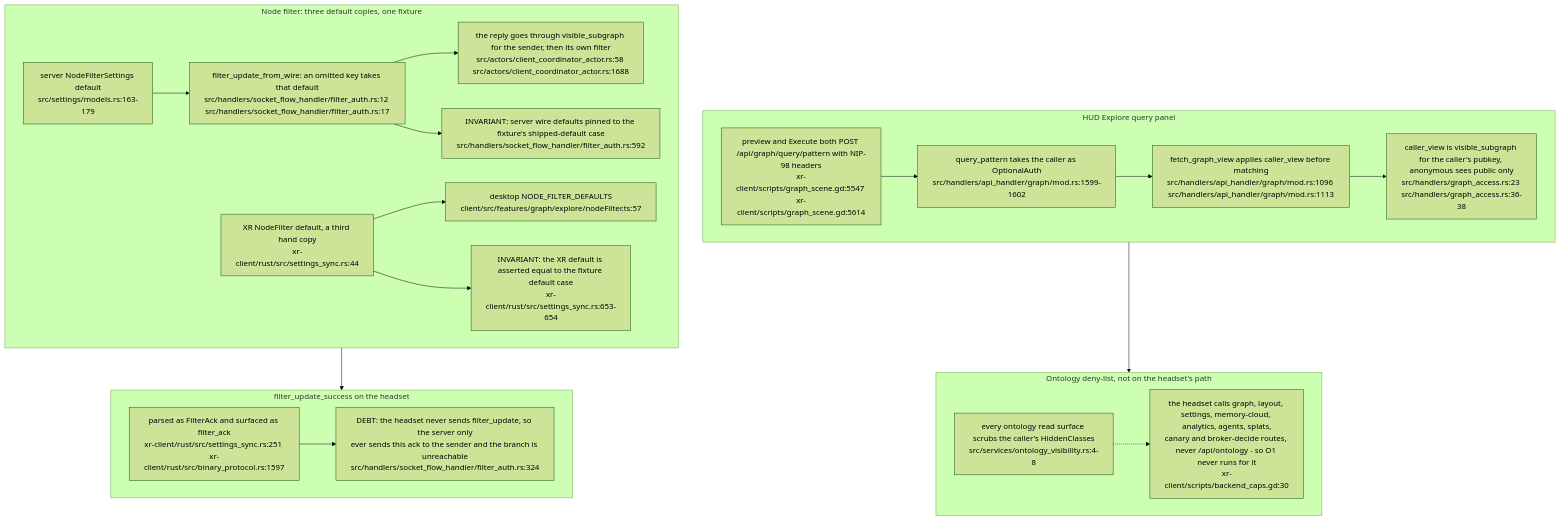
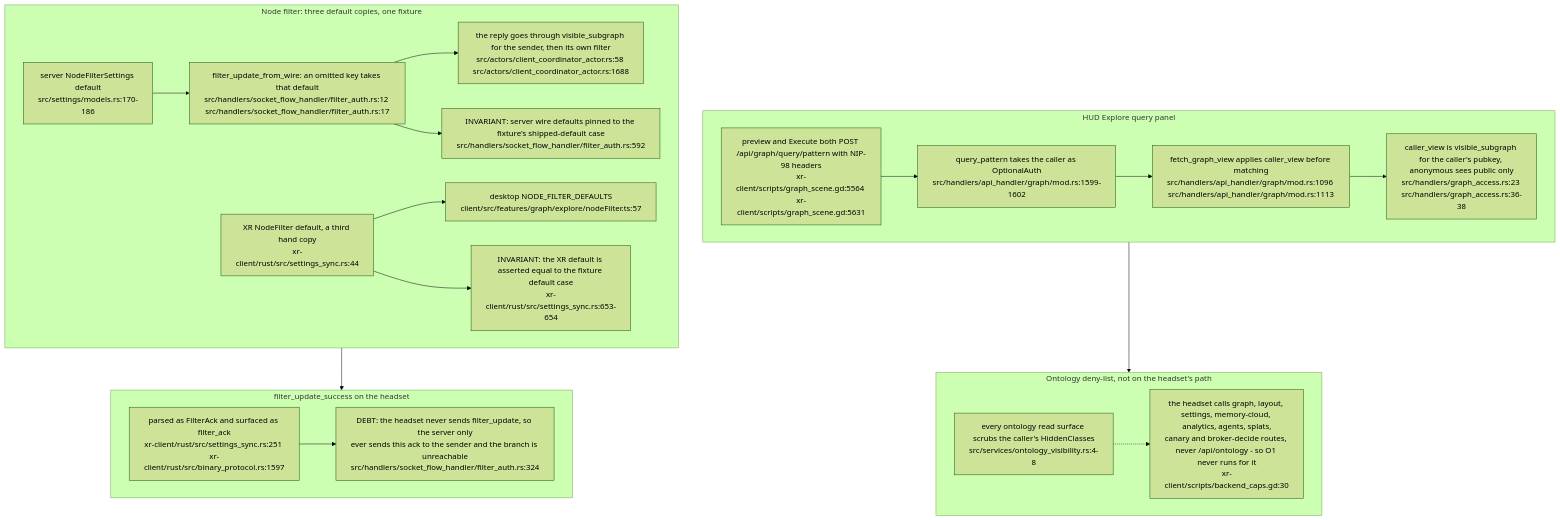
One commit to DreamLab-AI/VisionFlow changed diagram 30 of 30 in docs/diagrams/visionclaw/36-godot-xr-client.md. Above: the diagram before and after it, drawn with Mermaid (forest theme). The commit also changed other lines of this file and 49 other files, not shown here.

First line of the commit message:
docs(diagrams): re-derive and re-stamp VisionClaw, estate, knowledge-graph, visionGraph, VisionFlow and sidestr topics

````diff
--- a/docs/diagrams/visionclaw/36-godot-xr-client.md
+++ b/docs/diagrams/visionclaw/36-godot-xr-client.md
@@ -1435,35 +1435,35 @@
 ```mermaid
 flowchart TB
     subgraph query["HUD Explore query panel"]
-        Q1["preview and Execute both POST /api/graph/query/pattern with NIP-98 headers<br/>xr-client/scripts/graph_scene.gd:5547 xr-client/scripts/graph_scene.gd:5614"]
+        Q1["preview and Execute both POST /api/graph/query/pattern with NIP-98 headers<br/>xr-client/scripts/graph_scene.gd:5564 xr-client/scripts/graph_scene.gd:5631"]
         Q2["query_pattern takes the caller as OptionalAuth<br/>src/handlers/api_handler/graph/mod.rs:1599-1602"]
         Q3["fetch_graph_view applies caller_view before matching<br/>src/handlers/api_handler/graph/mod.rs:1096 src/handlers/api_handler/graph/mod.rs:1113"]
         Q4["caller_view is visible_subgraph for the caller's pubkey, anonymous sees public only<br/>src/handlers/graph_access.rs:23 src/handlers/graph_access.rs:36-38"]
         Q1 --> Q2 --> Q3 --> Q4
     end
     subgraph onto["Ontology deny-list, not on the headset's path"]
         O1["every ontology read surface scrubs the caller's HiddenClasses<br/>src/services/ontology_visibility.rs:4-8"]
         O2["the headset calls graph, layout, settings, memory-cloud, analytics, agents, splats,<br/>canary and broker-decide routes, never /api/ontology - so O1 never runs for it<br/>xr-client/scripts/backend_caps.gd:30"]
         O1 -.-> O2
     end
     subgraph filt["Node filter: three default copies, one fixture"]
-        F1["server NodeFilterSettings default<br/>src/settings/models.rs:163-179"]
+        F1["server NodeFilterSettings default<br/>src/settings/models.rs:170-186"]
         F2["filter_update_from_wire: an omitted key takes that default<br/>src/handlers/socket_flow_handler/filter_auth.rs:12 src/handlers/socket_flow_handler/filter_auth.rs:17"]
         F3["the reply goes through visible_subgraph for the sender, then its own filter<br/>src/actors/client_coordinator_actor.rs:58 src/actors/client_coordinator_actor.rs:1688"]
         F4["XR NodeFilter default, a third hand copy<br/>xr-client/rust/src/settings_sync.rs:44"]
         F7["INVARIANT: the XR default is asserted equal to the fixture default case<br/>xr-client/rust/src/settings_sync.rs:653-654"]
         F5["desktop NODE_FILTER_DEFAULTS<br/>client/src/features/graph/explore/nodeFilter.ts:57"]
         F6["INVARIANT: server wire defaults pinned to the fixture's shipped-default case<br/>src/handlers/socket_flow_handler/filter_auth.rs:592"]
         F1 --> F2 --> F3
         F2 --> F6
         F4 --> F5
         F4 --> F7
     end
     subgraph ack["filter_update_success on the headset"]
         A1["parsed as FilterAck and surfaced as filter_ack<br/>xr-client/rust/src/settings_sync.rs:251 xr-client/rust/src/binary_protocol.rs:1597"]
         A2["DEBT: the headset never sends filter_update, so the server only<br/>ever sends this ack to the sender and the branch is unreachable<br/>src/handlers/socket_flow_handler/filter_auth.rs:324"]
         A1 --> A2
     end
     query --> onto
     filt --> ack
 ```
````
